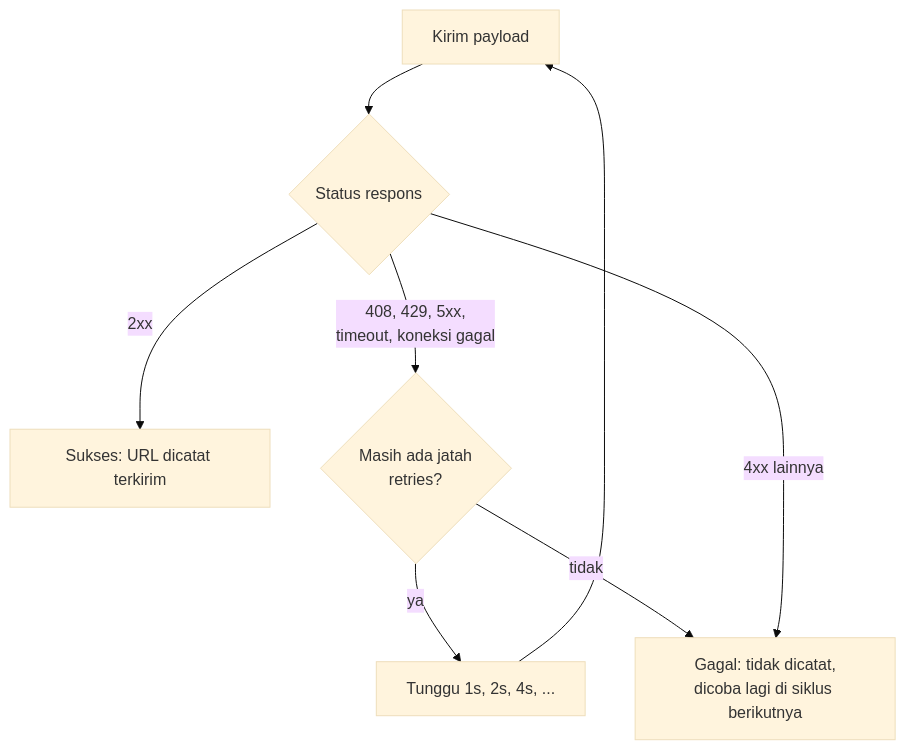
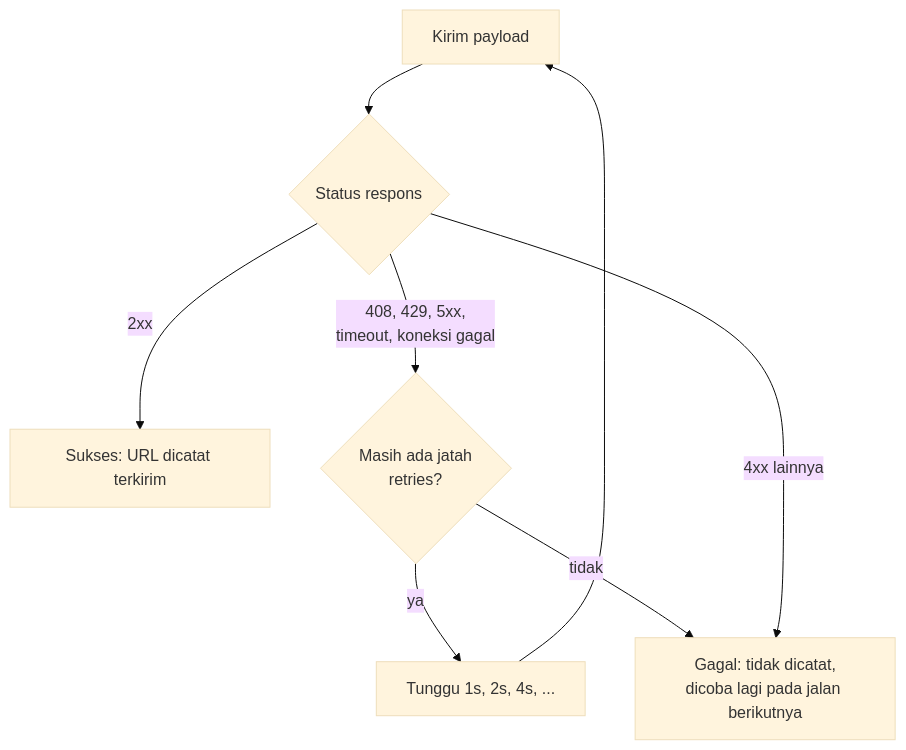
One commit to adehikmatfr/news-scrap changed the third of 5 diagrams in scraper/README.md. Above: the diagram before and after it, drawn with Mermaid (base theme). The commit also changed other lines of this file and 35 other files, not shown here.

````diff
--- a/scraper/README.md
+++ b/scraper/README.md
@@ -247,9 +286,9 @@
 ```mermaid
 flowchart TD
     S["Kirim payload"] --> R{"Status respons"}
     R -- "2xx" --> OK["Sukses: URL dicatat terkirim"]
     R -- "408, 429, 5xx,<br/>timeout, koneksi gagal" --> RT{"Masih ada jatah<br/>retries?"}
     RT -- ya --> W["Tunggu 1s, 2s, 4s, ..."] --> S
-    RT -- tidak --> NX["Gagal: tidak dicatat,<br/>dicoba lagi di siklus berikutnya"]
+    RT -- tidak --> NX["Gagal: tidak dicatat,<br/>dicoba lagi pada jalan berikutnya"]
     R -- "4xx lainnya" --> NX
 ```
````
